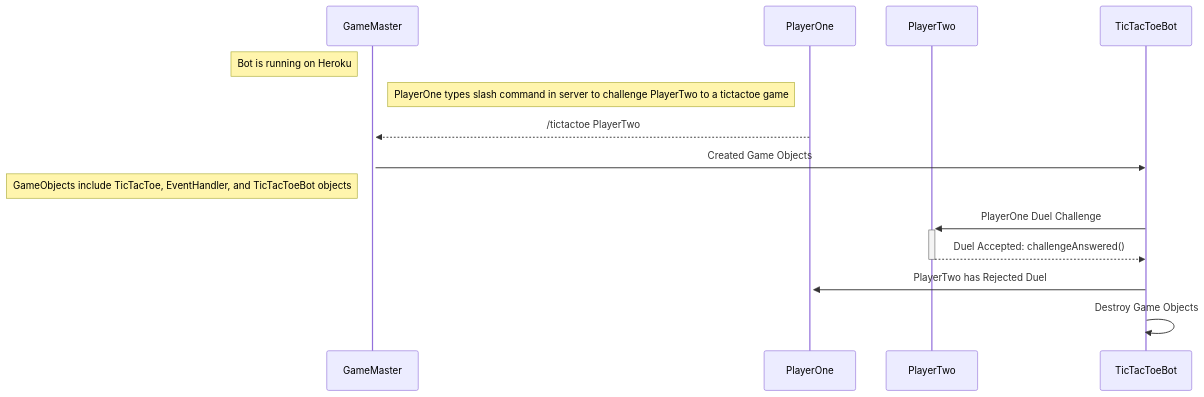
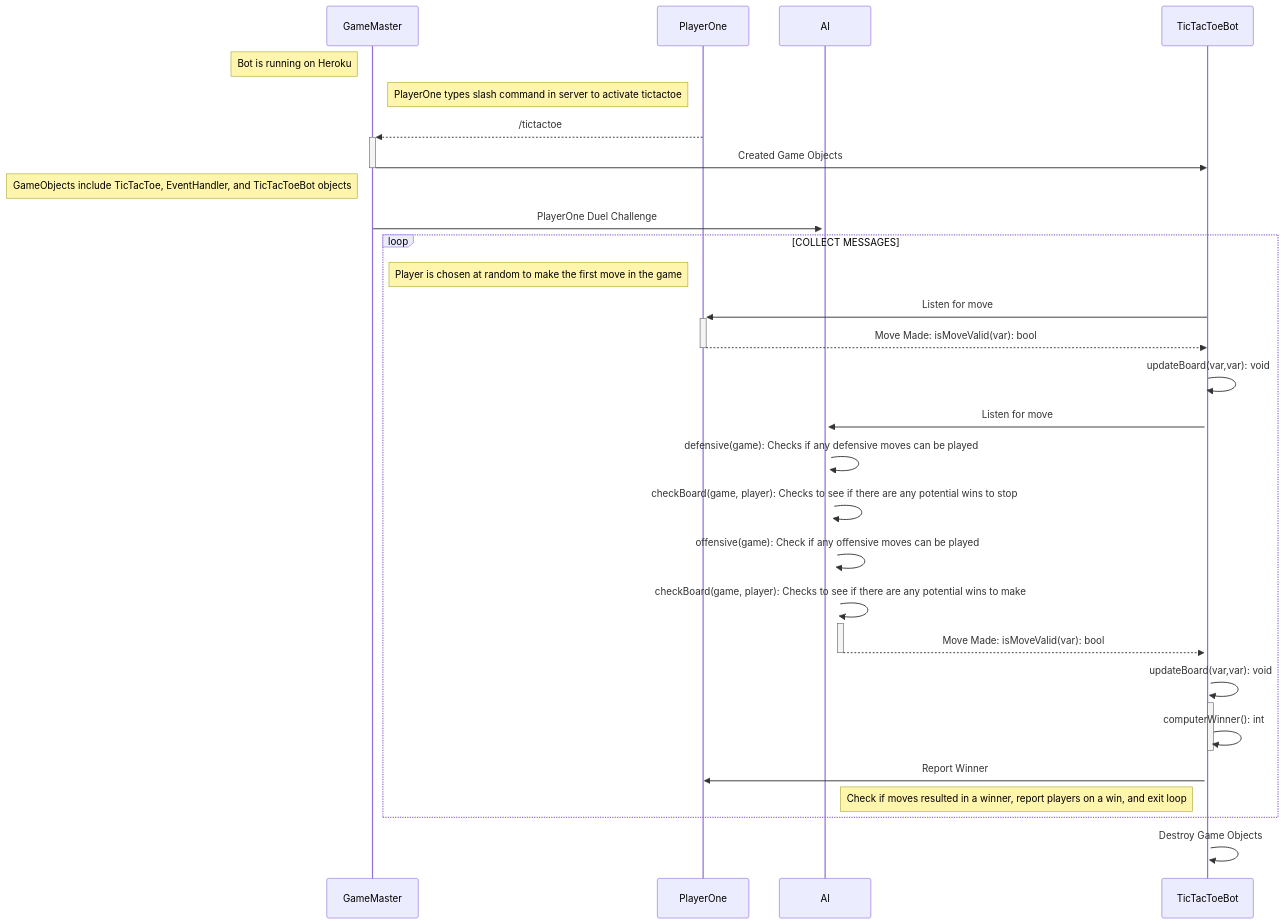
One commit to cis3296f22/GameMaster changed the diagram in uml_Sequence_AI.md. Above: the diagram before and after it, drawn with Mermaid. The commit also changed other lines of this file and 4 other files, not shown here.

````diff
--- a/uml_Sequence_AI.md
+++ b/uml_Sequence_AI.md
@@ -3,20 +3,32 @@
 ```mermaid
 sequenceDiagram
   
     participant GameMaster as GameMaster
     participant PlayerOne as PlayerOne
-    participant PlayerTwo as PlayerTwo
+    participant AI as AI
     participant TicTacToeBot as TicTacToeBot
     
     Note left of GameMaster: Bot is running on Heroku
-    Note left of PlayerOne: PlayerOne types slash command in server to challenge PlayerTwo to a tictactoe game
-    PlayerOne-->>+GameMaster: /tictactoe PlayerTwo
-    GameMaster->>TicTacToeBot: Created Game Objects
-   
+    Note left of PlayerOne: PlayerOne types slash command in server to activate tictactoe
+    PlayerOne-->>+GameMaster: /tictactoe
+    GameMaster->>-TicTacToeBot: Created Game Objects
     Note left of GameMaster: GameObjects include TicTacToe, EventHandler, and TicTacToeBot objects
-    TicTacToeBot->>+PlayerTwo: PlayerOne Duel Challenge
-    PlayerTwo-->>-TicTacToeBot: Duel Accepted: challengeAnswered()
-    TicTacToeBot->>+PlayerOne: PlayerTwo has Rejected Duel
+    GameMaster->>+AI: PlayerOne Duel Challenge
+    loop COLLECT MESSAGES
+    Note left of PlayerOne: Player is chosen at random to make the first move in the game
+    TicTacToeBot->>+PlayerOne: Listen for move
+    PlayerOne-->>-TicTacToeBot: Move Made: isMoveValid(var): bool
+    TicTacToeBot->>+TicTacToeBot: updateBoard(var,var): void
+    TicTacToeBot->>+AI: Listen for move
+    AI->>+AI: defensive(game): Checks if any defensive moves can be played
+    AI->>+AI: checkBoard(game, player): Checks to see if there are any potential wins to stop
+    AI->>+AI: offensive(game): Check if any offensive moves can be played
+    AI->>+AI: checkBoard(game, player): Checks to see if there are any potential wins to make
+    AI-->>-TicTacToeBot: Move Made: isMoveValid(var): bool
+    TicTacToeBot->>+TicTacToeBot: updateBoard(var,var): void
+    TicTacToeBot->>-TicTacToeBot: computerWinner(): int
+    TicTacToeBot->>PlayerOne: Report Winner
+    Note left of TicTacToeBot: Check if moves resulted in a winner, report players on a win, and exit loop
+    end
     TicTacToeBot->>TicTacToeBot: Destroy Game Objects
-    
 ```
````
